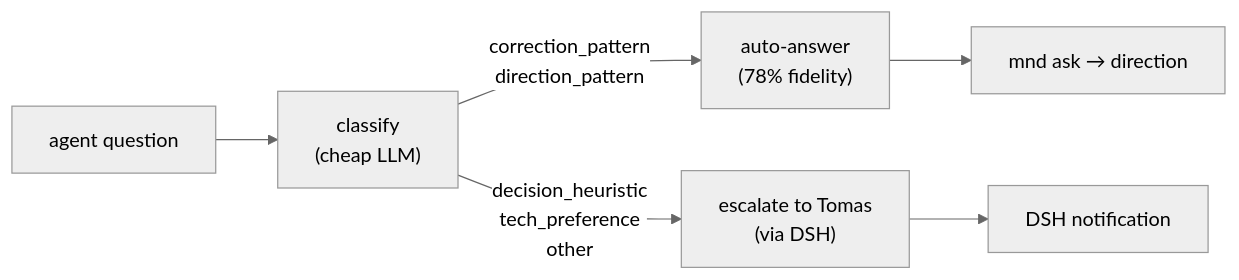
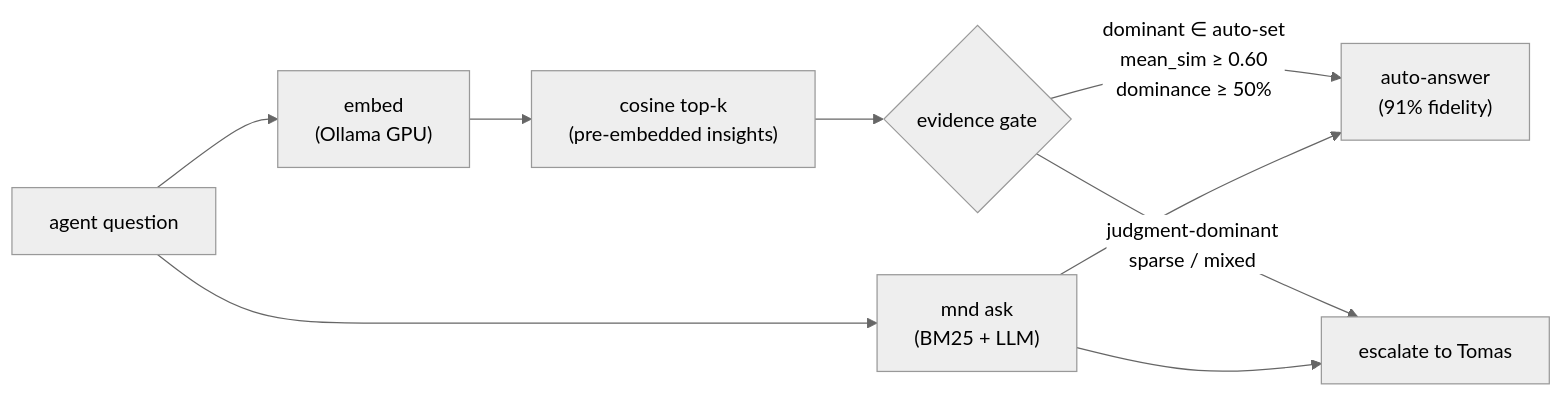
One commit to topolik/tomas-mead-hall changed the second of 2 diagrams in project-management/MND-mind-model/diagrams/architecture.md. Above: the diagram before and after it, drawn with Mermaid (neutral theme). The commit also changed other lines of this file and 6 other files, not shown here.

First line of the commit message:
[MND] evidence gate replaces LLM classifier, tech_preference added to auto-set

````diff
--- a/project-management/MND-mind-model/diagrams/architecture.md
+++ b/project-management/MND-mind-model/diagrams/architecture.md
@@ -53,8 +60,11 @@
 ```mermaid
 graph LR
-    Q["agent question"] --> CL["classify<br/>(cheap LLM)"]
-    CL -->|"correction_pattern<br/>direction_pattern"| AUTO["auto-answer<br/>(78% fidelity)"]
-    CL -->|"decision_heuristic<br/>tech_preference<br/>other"| ESC["escalate to Tomas<br/>(via DSH)"]
-    AUTO --> ASK["mnd ask → direction"]
-    ESC --> DSH["DSH notification"]
+    Q["agent question"] --> ASK["mnd ask<br/>(BM25 + LLM)"]
+    Q --> EMB["embed<br/>(Ollama GPU)"]
+    EMB --> COS["cosine top-k<br/>(pre-embedded insights)"]
+    COS --> GATE{"evidence gate"}
+    GATE -->|"dominant ∈ auto-set<br/>mean_sim ≥ 0.60<br/>dominance ≥ 50%"| AUTO["auto-answer<br/>(91% fidelity)"]
+    GATE -->|"judgment-dominant<br/>sparse / mixed"| ESC["escalate to Tomas"]
+    ASK --> AUTO
+    ASK --> ESC
 ```
````
